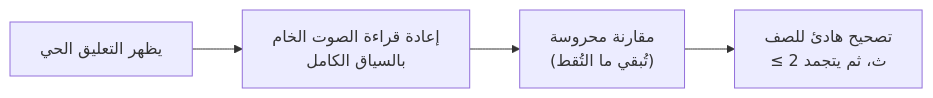
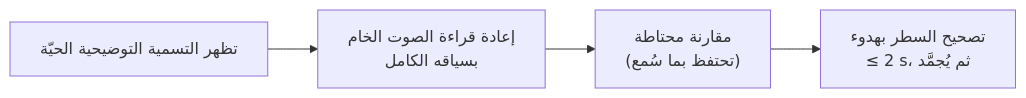
One commit to rpalm01-star/VigilantEarLegal changed the third of 4 diagrams in README_ar.md. Above: the diagram before and after it, drawn with Mermaid. The commit also changed other lines of this file and 29 other files, not shown here.

````diff
--- a/README_ar.md
+++ b/README_ar.md
@@ -149,4 +157,4 @@
 ```mermaid
 graph LR
-    L["يظهر التعليق الحي"] --> K["إعادة قراءة الصوت الخام<br/>بالسياق الكامل"] --> V["مقارنة محروسة<br/>(تُبقي ما التُقط)"] --> W["تصحيح هادئ للصف<br/>≤ 2 ث، ثم يتجمد"]
+    L["تظهر التسمية التوضيحية الحيّة"] --> K["إعادة قراءة الصوت الخام<br/>بسياقه الكامل"] --> V["مقارنة محتاطة<br/>(تحتفظ بما سُمع)"] --> W["تصحيح السطر بهدوء<br/>≤ 2 s، ثم يُجمَّد"]
 ```
````
